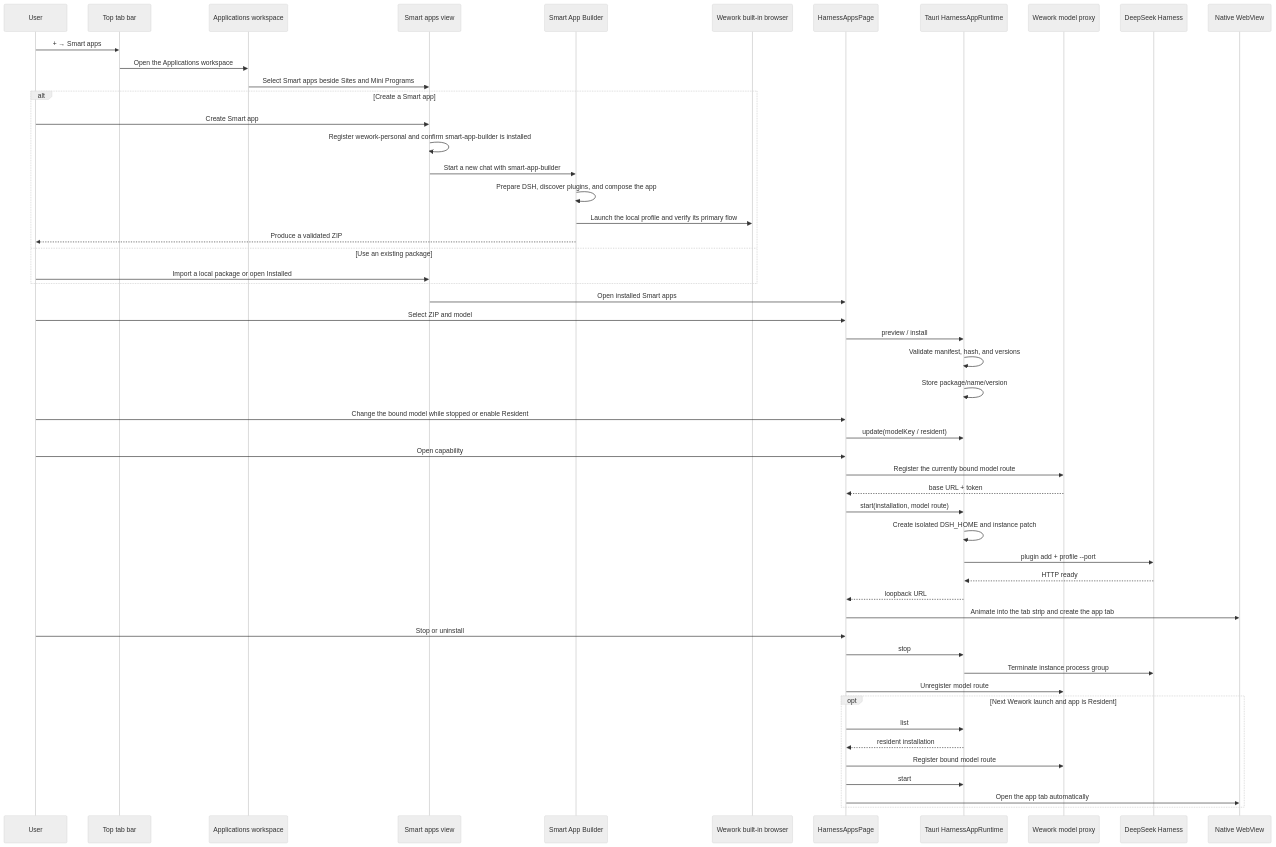
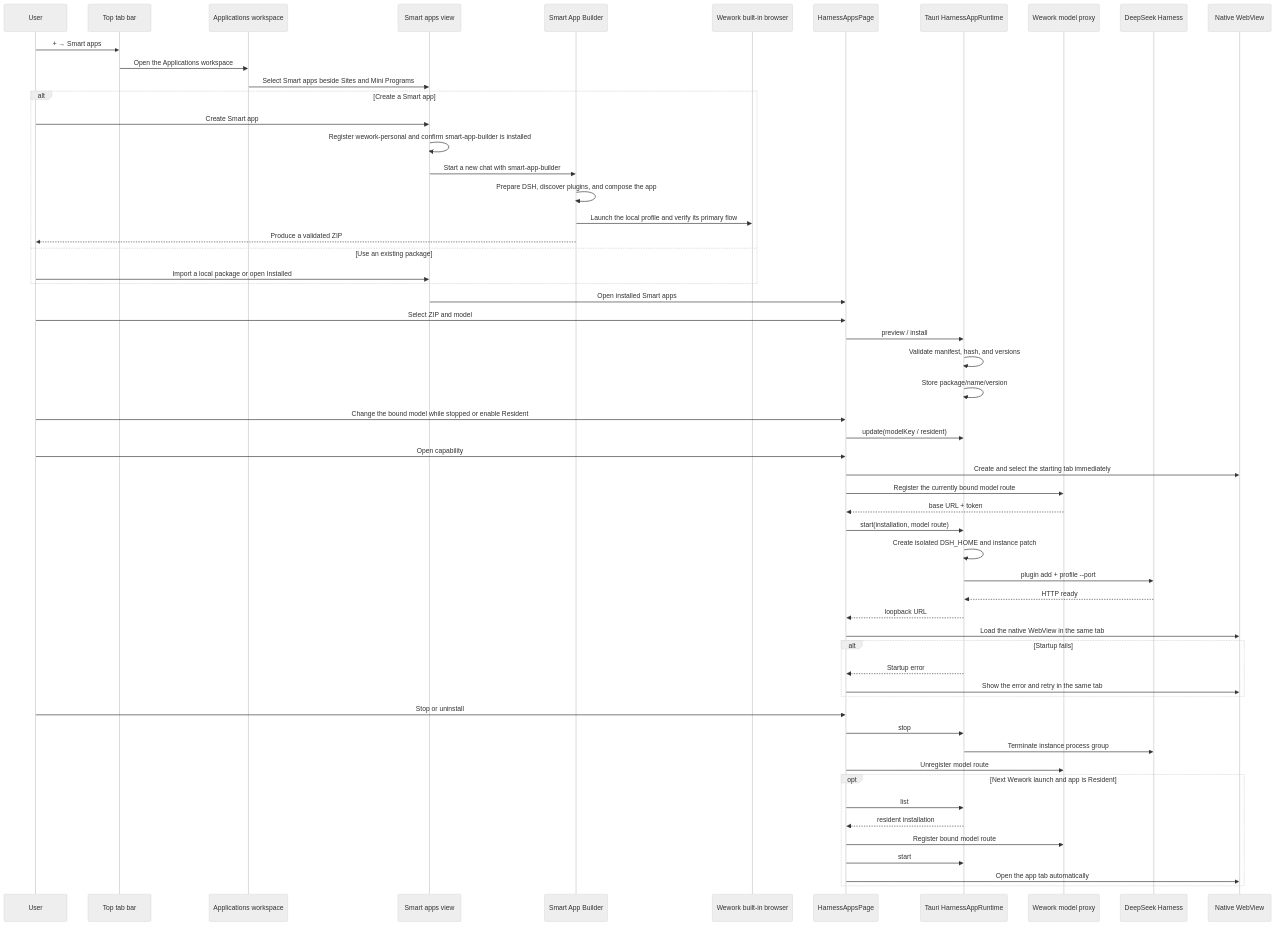
The second of 2 diagrams in docs/architecture/deepseek-harness-apps.md (wecode-ai/wegent-docs), drawn with Mermaid (neutral theme) before and after one commit. The commit also changed other lines of this file and 1 other file, not shown here.

````diff
--- a/docs/architecture/deepseek-harness-apps.md
+++ b/docs/architecture/deepseek-harness-apps.md
@@ -48,56 +55,61 @@
 ```mermaid
 sequenceDiagram
     participant U as User
     participant C as Top tab bar
     participant A as Applications workspace
     participant M as Smart apps view
     participant B as Smart App Builder
     participant WB as Wework built-in browser
     participant UI as HarnessAppsPage
     participant T as Tauri HarnessAppRuntime
     participant P as Wework model proxy
     participant D as DeepSeek Harness
     participant W as Native WebView
 
     U->>C: + → Smart apps
     C->>A: Open the Applications workspace
     A->>M: Select Smart apps beside Sites and Mini Programs
     alt Create a Smart app
         U->>M: Create Smart app
         M->>M: Register wework-personal and confirm smart-app-builder is installed
         M->>B: Start a new chat with smart-app-builder
         B->>B: Prepare DSH, discover plugins, and compose the app
         B->>WB: Launch the local profile and verify its primary flow
         B-->>U: Produce a validated ZIP
     else Use an existing package
         U->>M: Import a local package or open Installed
     end
     M->>UI: Open installed Smart apps
     U->>UI: Select ZIP and model
     UI->>T: preview / install
     T->>T: Validate manifest, hash, and versions
     T->>T: Store package/name/version
     U->>UI: Change the bound model while stopped or enable Resident
     UI->>T: update(modelKey / resident)
     U->>UI: Open capability
+    UI->>W: Create and select the starting tab immediately
     UI->>P: Register the currently bound model route
     P-->>UI: base URL + token
     UI->>T: start(installation, model route)
     T->>T: Create isolated DSH_HOME and instance patch
     T->>D: plugin add + profile --port
     D-->>T: HTTP ready
     T-->>UI: loopback URL
-    UI->>W: Animate into the tab strip and create the app tab
+    UI->>W: Load the native WebView in the same tab
+    alt Startup fails
+        T-->>UI: Startup error
+        UI->>W: Show the error and retry in the same tab
+    end
     U->>UI: Stop or uninstall
     UI->>T: stop
     T->>D: Terminate instance process group
     UI->>P: Unregister model route
 
     opt Next Wework launch and app is Resident
         UI->>T: list
         T-->>UI: resident installation
         UI->>P: Register bound model route
         UI->>T: start
         UI->>W: Open the app tab automatically
     end
 ```
````
